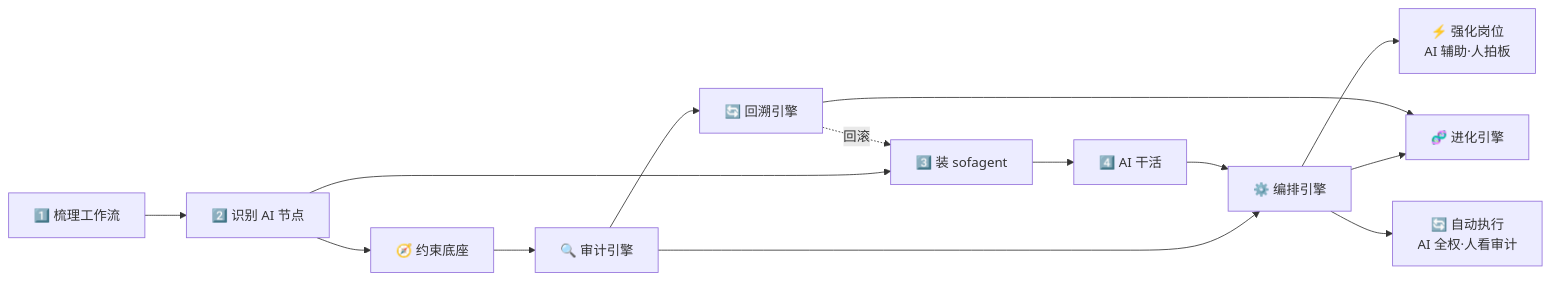
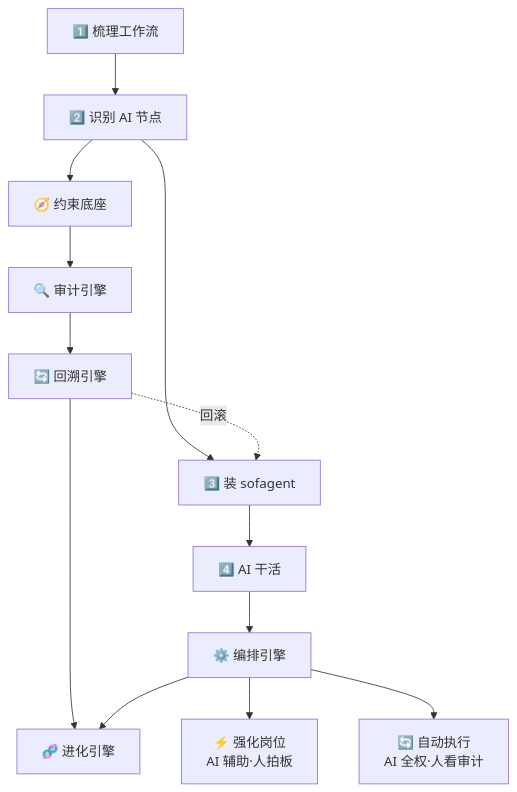
Before and after one commit to KongFangXun/sofagent: the first of 5 diagrams in README.md, drawn with Mermaid. The commit also changed 1 other file, not shown here.

Commit message:
docs: FDE Mermaid改用TB布局 — 左FDE右引擎，上下流向零交叉

````diff
--- a/README.md
+++ b/README.md
@@ -100,13 +100,18 @@
 ```mermaid
-graph LR
-    1["1️⃣ 梳理工作流"] --> 2["2️⃣ 识别 AI 节点"] --> 3["3️⃣ 装 sofagent"] --> 4["4️⃣ AI 干活"]
+graph TB
+    1["1️⃣ 梳理工作流"] --> 2["2️⃣ 识别 AI 节点"]
+    2 --> 3["3️⃣ 装 sofagent"]
+    3 --> 4["4️⃣ AI 干活"]
 
     2 --> E["🧭 约束底座"]
-    E --> F["🔍 审计引擎"] --> H["⚙️ 编排引擎"] --> I["🧬 进化引擎"]
-    4 --> H
+    E --> F["🔍 审计引擎"]
+    F --> G["🔄 回溯引擎"]
+    G --> I["🧬 进化引擎"]
 
-    F --> G["🔄 回溯引擎"] --> I
+    4 --> H["⚙️ 编排引擎"]
+    H --> I
     H --> J["⚡ 强化岗位<br/>AI 辅助·人拍板"]
     H --> K["🔄 自动执行<br/>AI 全权·人看审计"]
+
     G -.-> |回滚| 3
 ```
````
